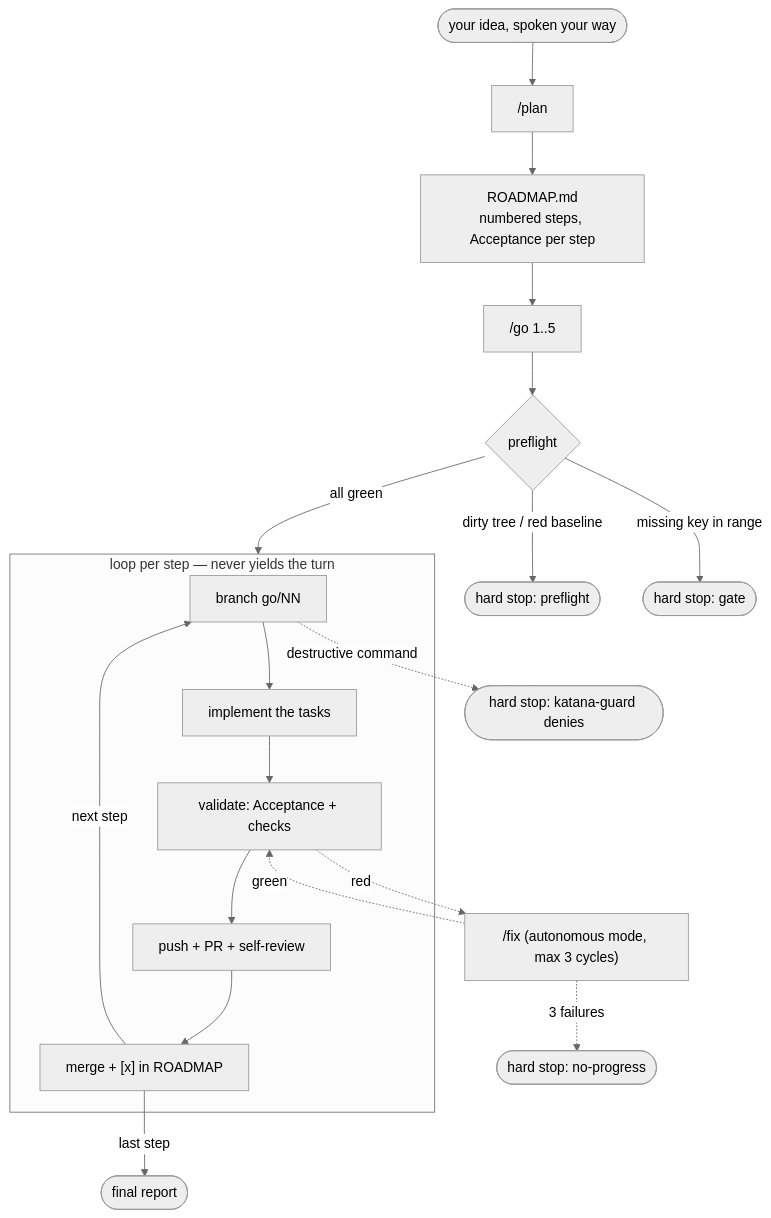
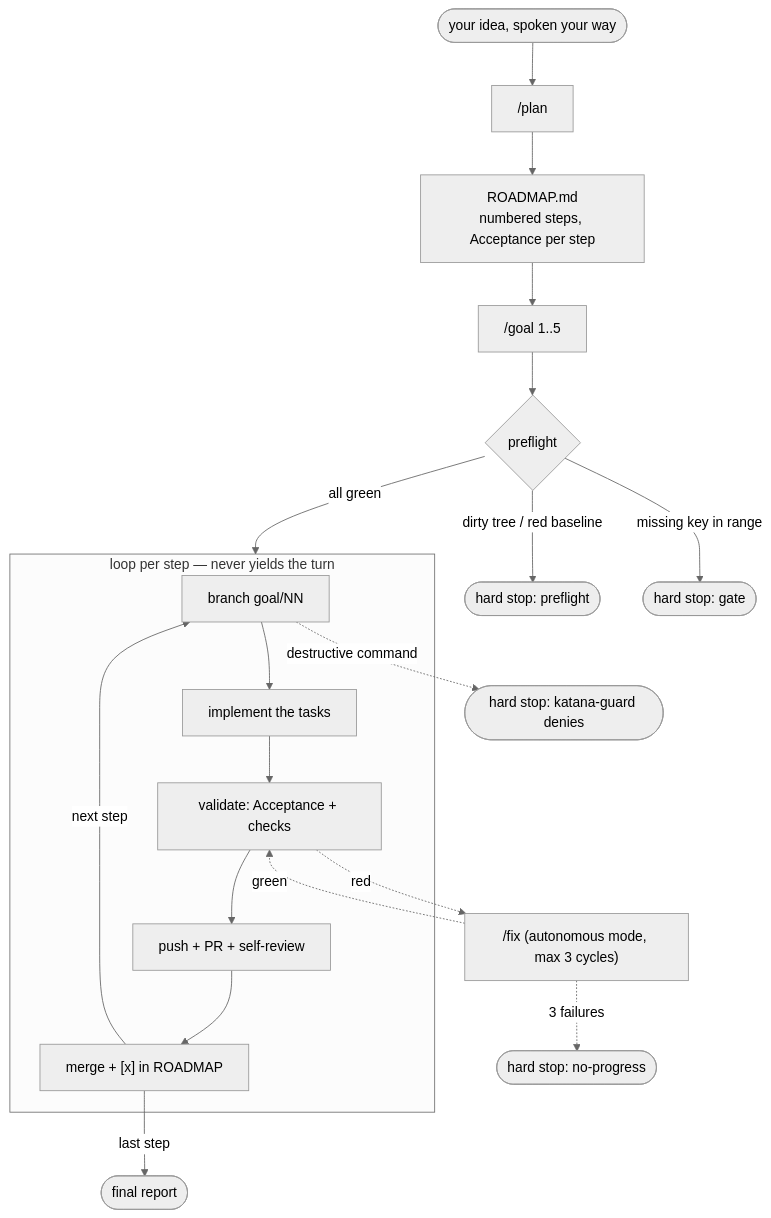
One commit to Marcelover777/katana changed the diagram in README.en.md. Above: the diagram before and after it, drawn with Mermaid (neutral theme). The commit also changed other lines of this file and 26 other files, not shown here.

````diff
--- a/README.en.md
+++ b/README.en.md
@@ -18,22 +18,22 @@
 ```mermaid
 flowchart TD
     A([your idea, spoken your way]) --> P["/plan"]
     P --> R["ROADMAP.md<br/>numbered steps, Acceptance per step"]
-    R --> G["/go 1..5"]
+    R --> G["/goal 1..5"]
     G --> PF{preflight}
     PF -->|dirty tree / red baseline| S1([hard stop: preflight])
     PF -->|missing key in range| S2([hard stop: gate])
     PF -->|all green| L
     subgraph L["loop per step — never yields the turn"]
-        B["branch go/NN"] --> I[implement the tasks]
+        B["branch goal/NN"] --> I[implement the tasks]
         I --> V["validate: Acceptance + checks"]
         V --> PR["push + PR + self-review"]
         PR --> M["merge + [x] in ROADMAP"]
     end
     M -->|next step| B
     M -->|last step| REL(["final report"])
     V -.->|red| F["/fix (autonomous mode, max 3 cycles)"]
     F -.->|green| V
     F -.->|3 failures| S3([hard stop: no-progress])
     B -.->|destructive command| S4([hard stop: katana-guard denies])
 ```
````
